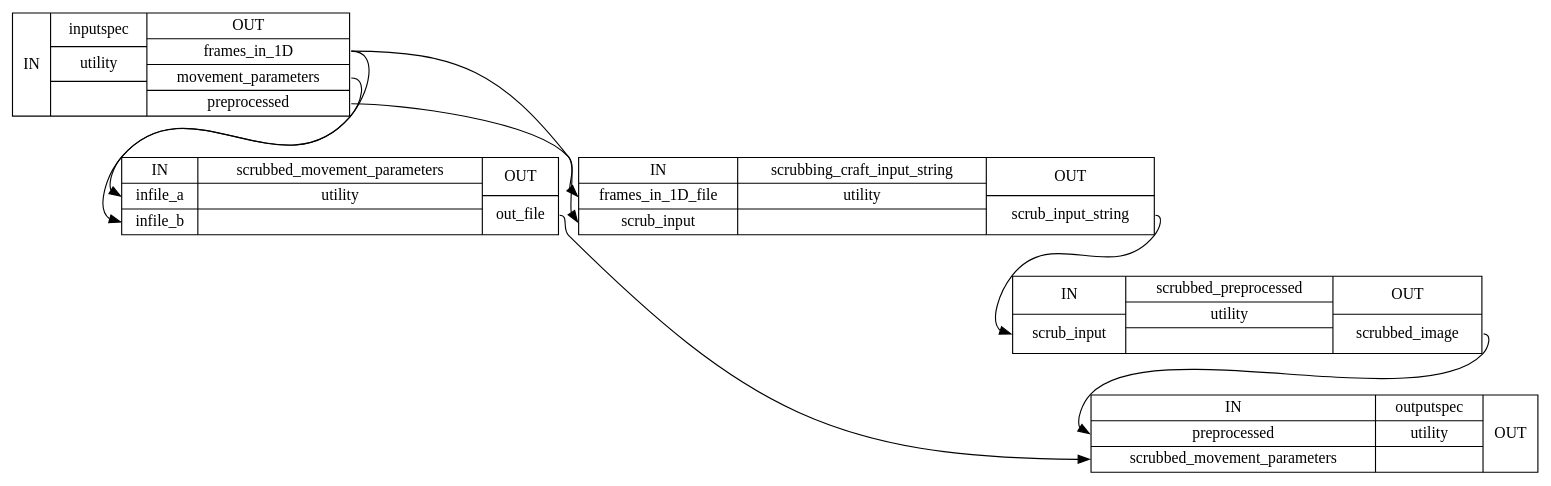
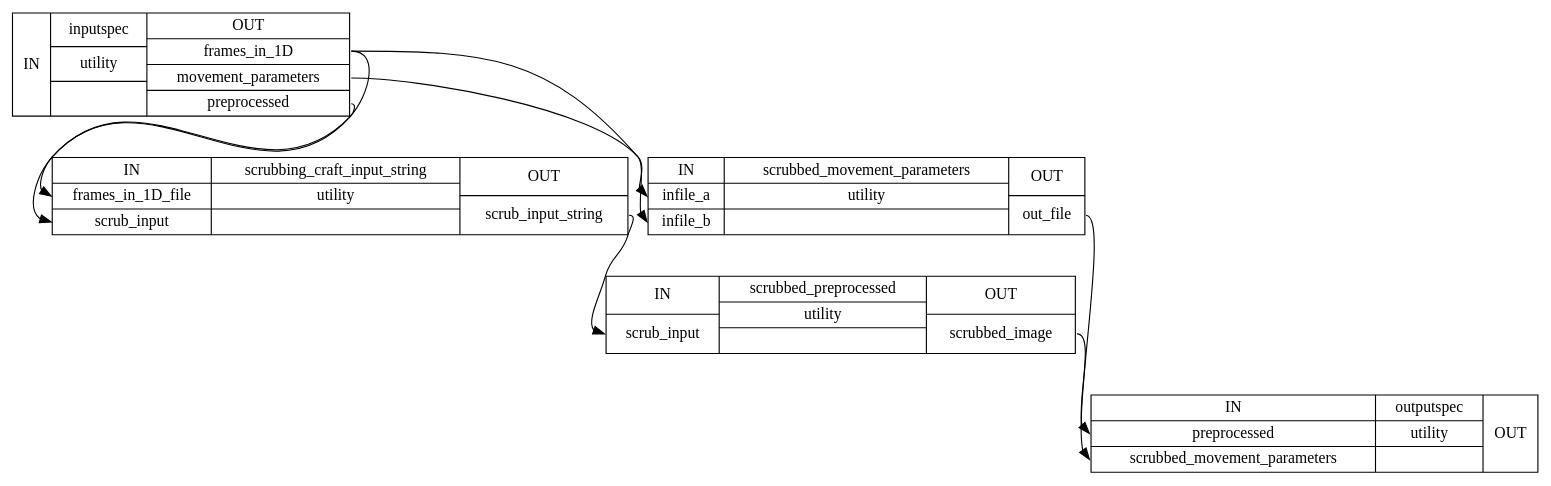
The diagram in docs/nightly/developer/workflows/images/generated/scrubbing_detailed.dot (FCP-INDI/fcp-indi.github.io), drawn with Graphviz before and after one commit. The commit also changed other lines of this file and 220 other files, not shown here.

```diff
--- a/docs/nightly/developer/workflows/images/generated/scrubbing_detailed.dot
+++ b/docs/nightly/developer/workflows/images/generated/scrubbing_detailed.dot
@@ -1,15 +1,15 @@
 digraph structs {
 node [shape=record];
 "scrubbinginputspec" [label="{IN}|{ inputspec | utility |  }|{OUT|<outframesin1D> frames_in_1D|<outmovementparameters> movement_parameters|<outpreprocessed> preprocessed}"];
+"scrubbingscrubbing_craft_input_string" [label="{IN|<inframesin1Dfile> frames_in_1D_file|<inscrubinput> scrub_input}|{ scrubbing_craft_input_string | utility |  }|{OUT|<outscrubinputstring> scrub_input_string}"];
 "scrubbingscrubbed_movement_parameters" [label="{IN|<ininfilea> infile_a|<ininfileb> infile_b}|{ scrubbed_movement_parameters | utility |  }|{OUT|<outoutfile> out_file}"];
-"scrubbingscrubbing_craft_input_string" [label="{IN|<inframesin1Dfile> frames_in_1D_file|<inscrubinput> scrub_input}|{ scrubbing_craft_input_string | utility |  }|{OUT|<outscrubinputstring> scrub_input_string}"];
 "scrubbingscrubbed_preprocessed" [label="{IN|<inscrubinput> scrub_input}|{ scrubbed_preprocessed | utility |  }|{OUT|<outscrubbedimage> scrubbed_image}"];
 "scrubbingoutputspec" [label="{IN|<inpreprocessed> preprocessed|<inscrubbedmovementparameters> scrubbed_movement_parameters}|{ outputspec | utility |  }|{OUT}"];
 "scrubbinginputspec":"outframesin1D":e -> "scrubbingscrubbed_movement_parameters":"ininfilea":w;
 "scrubbinginputspec":"outframesin1D":e -> "scrubbingscrubbing_craft_input_string":"inframesin1Dfile":w;
 "scrubbinginputspec":"outmovementparameters":e -> "scrubbingscrubbed_movement_parameters":"ininfileb":w;
 "scrubbinginputspec":"outpreprocessed":e -> "scrubbingscrubbing_craft_input_string":"inscrubinput":w;
 "scrubbingscrubbed_movement_parameters":"outoutfile":e -> "scrubbingoutputspec":"inscrubbedmovementparameters":w;
 "scrubbingscrubbed_preprocessed":"outscrubbedimage":e -> "scrubbingoutputspec":"inpreprocessed":w;
 "scrubbingscrubbing_craft_input_string":"outscrubinputstring":e -> "scrubbingscrubbed_preprocessed":"inscrubinput":w;
 }
```
